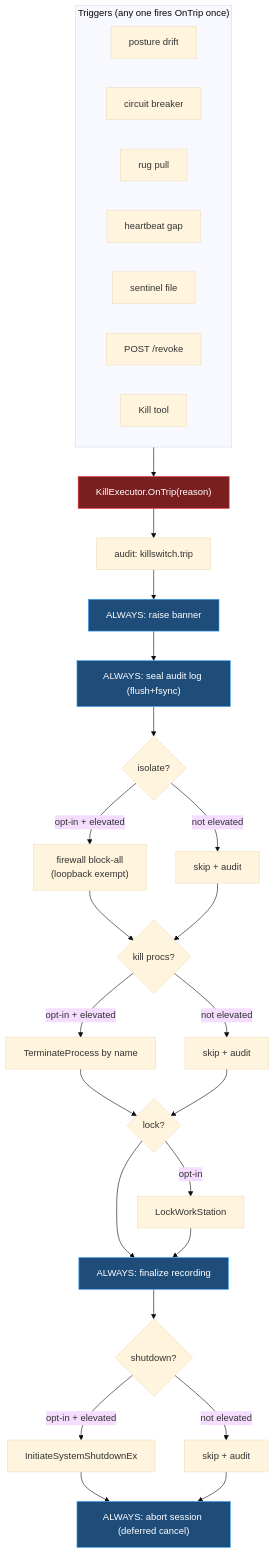
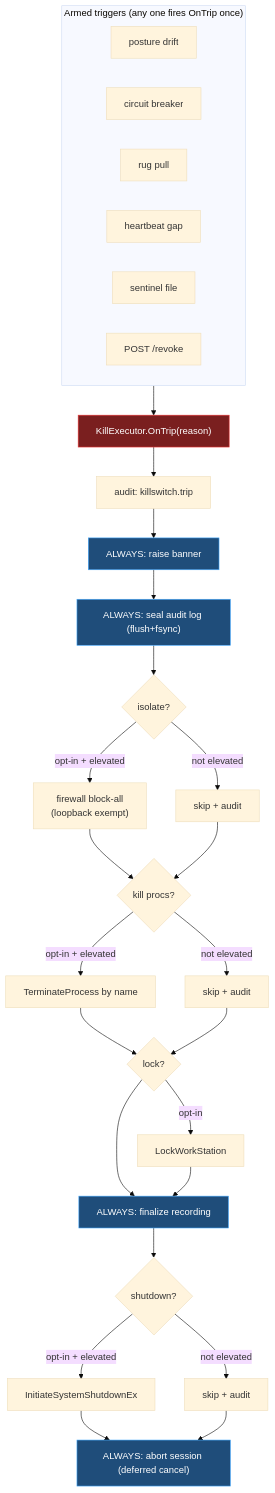
One commit to deploymenttheory/windows-mcp-server changed the eighth of 9 diagrams in docs/security-architecture.md. Above: the diagram before and after it, drawn with Mermaid (base theme). The commit also changed other lines of this file and 19 other files, not shown here.

````diff
--- a/docs/security-architecture.md
+++ b/docs/security-architecture.md
@@ -259,41 +295,40 @@
 ```mermaid
 flowchart TB
-    subgraph TRIG["Triggers (any one fires OnTrip once)"]
+    subgraph TRIG["Armed triggers (any one fires OnTrip once)"]
         direction LR
         t1["posture drift"]
         t2["circuit breaker"]
         t3["rug pull"]
         t4["heartbeat gap"]
         t5["sentinel file"]
         t6["POST /revoke"]
-        t7["Kill tool"]
     end
 
     TRIG --> OT["KillExecutor.OnTrip(reason)"]
 
     OT --> A1["audit: killswitch.trip"]
     A1 --> A2["ALWAYS: raise banner"]
     A2 --> A3["ALWAYS: seal audit log (flush+fsync)"]
     A3 --> E1{"isolate?"}
     E1 -->|"opt-in + elevated"| I["firewall block-all<br/>(loopback exempt)"]
     E1 -->|"not elevated"| Sk1["skip + audit"]
     I --> E2{"kill procs?"}
     Sk1 --> E2
     E2 -->|"opt-in + elevated"| KP["TerminateProcess by name"]
     E2 -->|"not elevated"| Sk2["skip + audit"]
     KP --> E3{"lock?"}
     Sk2 --> E3
     E3 -->|"opt-in"| LK["LockWorkStation"]
     E3 --> F["ALWAYS: finalize recording"]
     LK --> F
     F --> E4{"shutdown?"}
     E4 -->|"opt-in + elevated"| SD["InitiateSystemShutdownEx"]
     E4 -->|"not elevated"| Sk3["skip + audit"]
     SD --> AB["ALWAYS: abort session (deferred cancel)"]
     Sk3 --> AB
 
     classDef always fill:#1f4d7a,stroke:#4af,color:#fff;
     classDef kill fill:#7a1f1f,stroke:#e33,color:#fff;
     class A2,A3,F,AB always;
     class OT kill;
 ```
````
